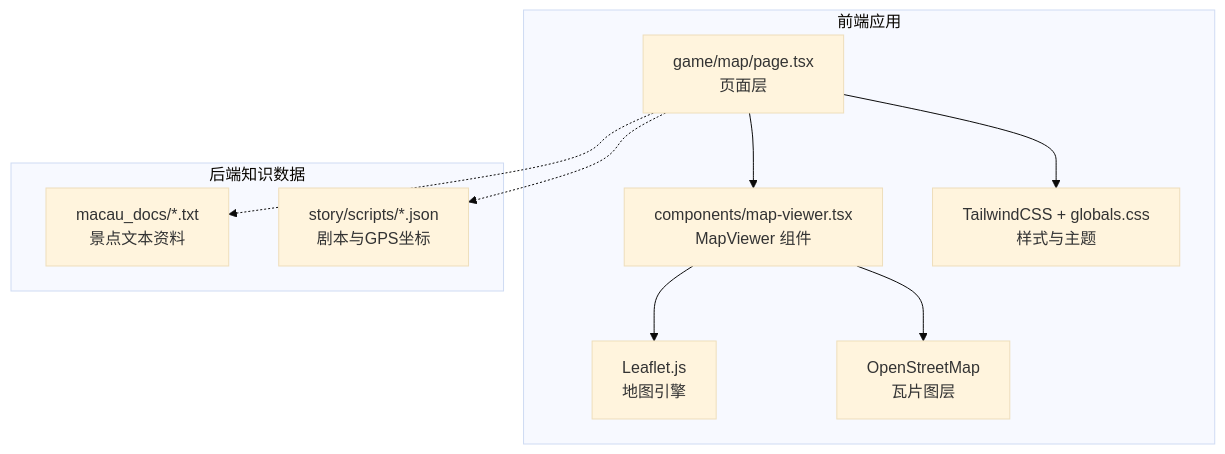
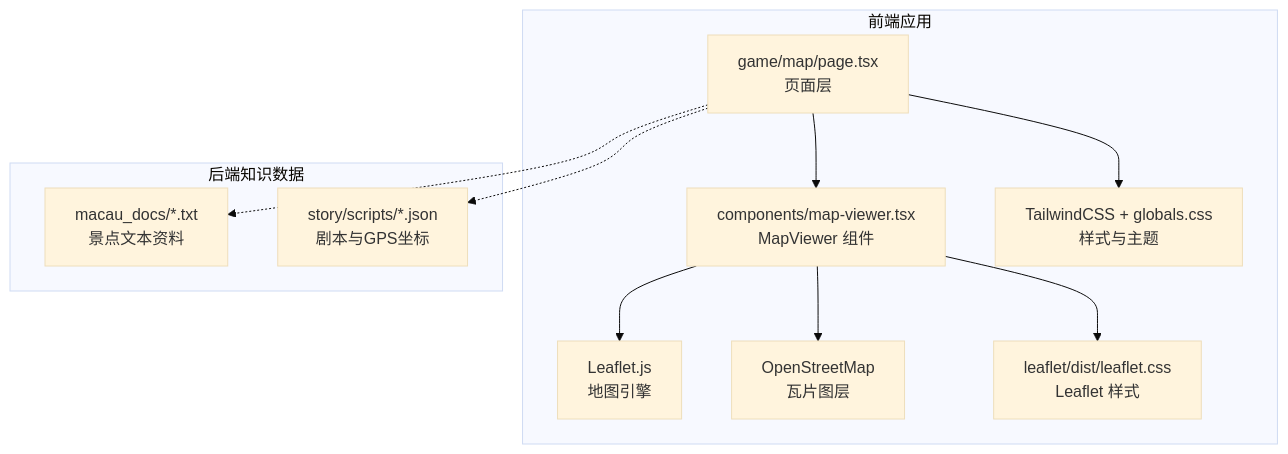
One commit to cccd123/macau-mystery changed the first of 6 diagrams in .qoder/repowiki/zh/content/前端架构/UI组件系统/业务组件/地图查看器组件 (MapViewr).md. Above: the diagram before and after it, drawn with Mermaid (base theme). The commit also changed other lines of this file and 43 other files, not shown here.

````diff
--- a/.qoder/repowiki/zh/content/前端架构/UI组件系统/业务组件/地图查看器组件 (MapViewr).md
+++ b/.qoder/repowiki/zh/content/前端架构/UI组件系统/业务组件/地图查看器组件 (MapViewr).md
@@ -32,15 +41,16 @@
 ```mermaid
 graph TB
 subgraph "前端应用"
 A["game/map/page.tsx<br/>页面层"] --> B["components/map-viewer.tsx<br/>MapViewer 组件"]
 B --> C["Leaflet.js<br/>地图引擎"]
 B --> D["OpenStreetMap<br/>瓦片图层"]
-A --> E["TailwindCSS + globals.css<br/>样式与主题"]
+B --> E["leaflet/dist/leaflet.css<br/>Leaflet 样式"]
+A --> F["TailwindCSS + globals.css<br/>样式与主题"]
 end
 subgraph "后端知识数据"
-F["macau_docs/*.txt<br/>景点文本资料"]
-G["story/scripts/*.json<br/>剧本与GPS坐标"]
+G["macau_docs/*.txt<br/>景点文本资料"]
+H["story/scripts/*.json<br/>剧本与GPS坐标"]
 end
-A -.-> F
 A -.-> G
+A -.-> H
 ```
````
